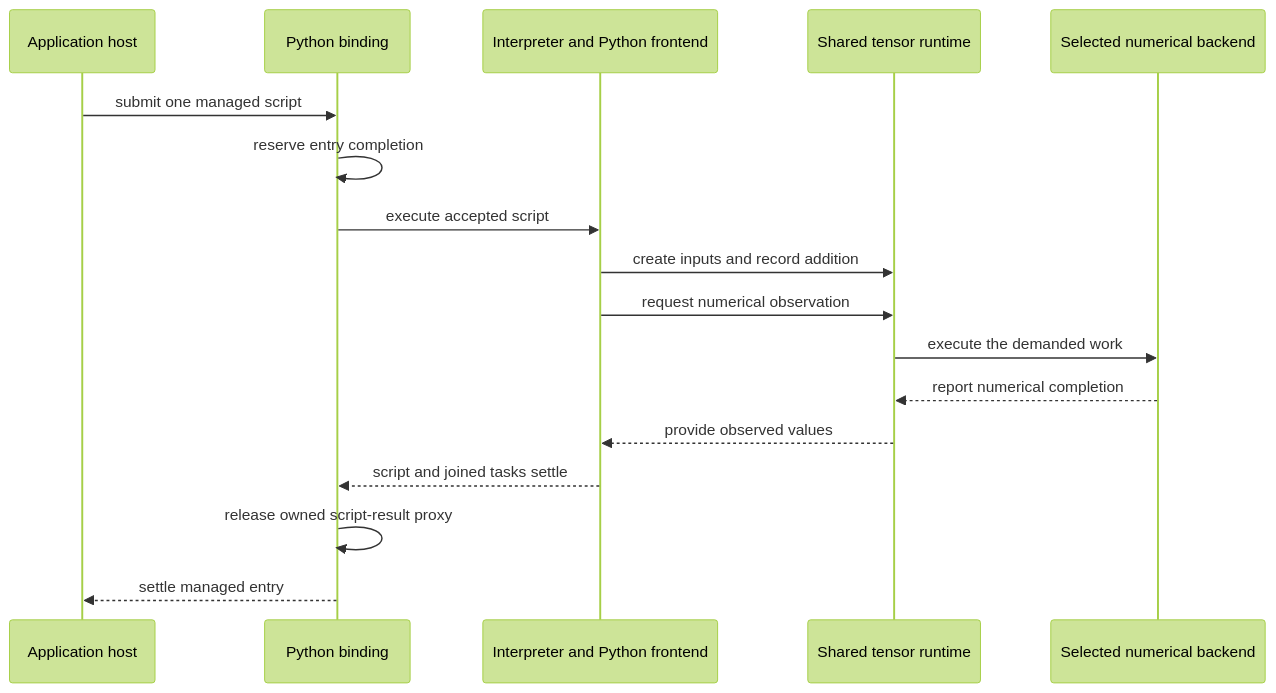
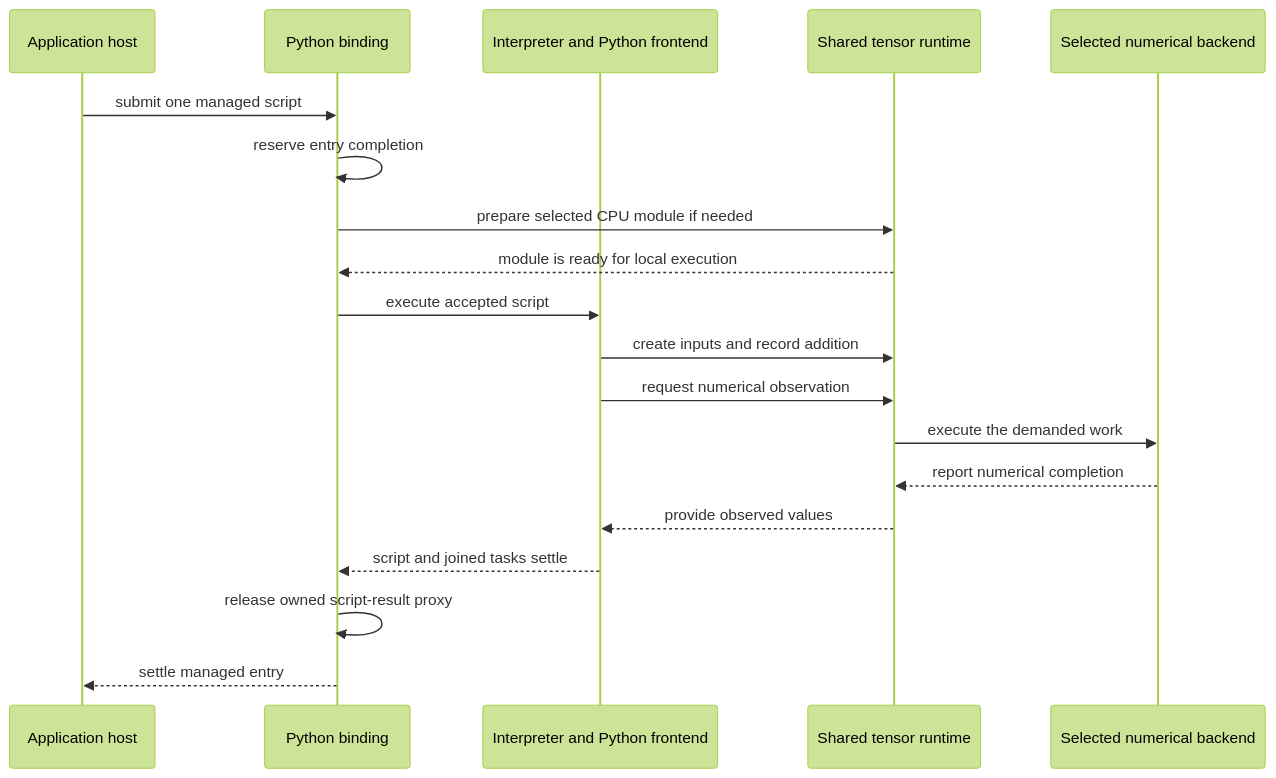
One commit to isaacperez/tabgrad changed the first of 2 diagrams in docs/flows/managed-python-session.md. Above: the diagram before and after it, drawn with Mermaid (forest theme). The commit also changed other lines of this file and 11 other files, not shown here.

````diff
--- a/docs/flows/managed-python-session.md
+++ b/docs/flows/managed-python-session.md
@@ -88,19 +107,21 @@
 ```mermaid
 sequenceDiagram
     participant Host as Application host
     participant Binding as Python binding
     participant Python as Interpreter and Python frontend
     participant Runtime as Shared tensor runtime
     participant Backend as Selected numerical backend
     Host->>Binding: submit one managed script
     Binding->>Binding: reserve entry completion
+    Binding->>Runtime: prepare selected CPU module if needed
+    Runtime-->>Binding: module is ready for local execution
     Binding->>Python: execute accepted script
     Python->>Runtime: create inputs and record addition
     Python->>Runtime: request numerical observation
     Runtime->>Backend: execute the demanded work
     Backend-->>Runtime: report numerical completion
     Runtime-->>Python: provide observed values
     Python-->>Binding: script and joined tasks settle
     Binding->>Binding: release owned script-result proxy
     Binding-->>Host: settle managed entry
 ```
````
